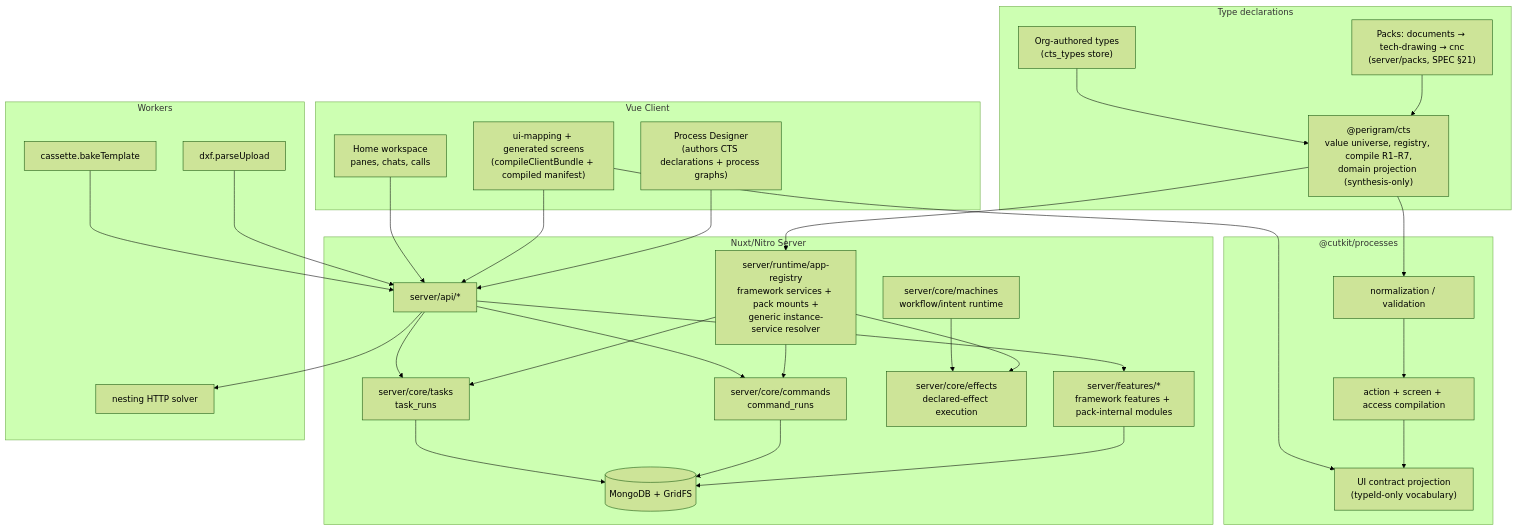
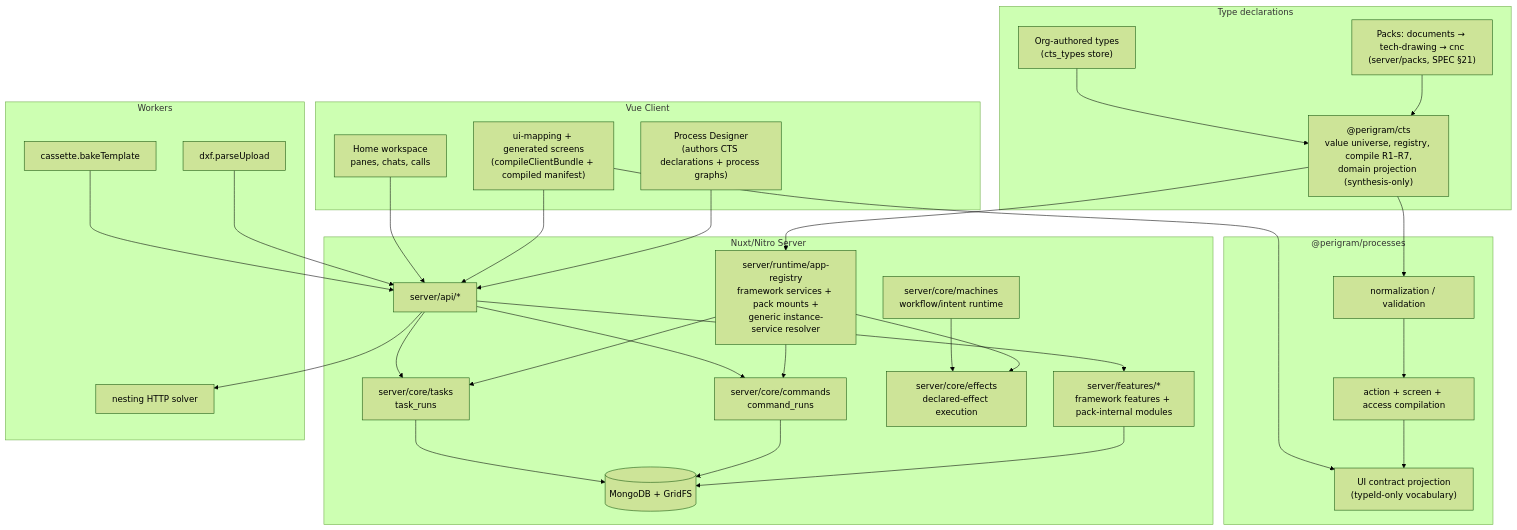
Before and after one commit to Perigram/perigram: the first of 2 diagrams in docs/SYSTEM_ARCHITECTURE.md, drawn with Mermaid (forest theme). The commit also changed other lines of this file and 64 other files, not shown here.

````diff
--- a/docs/SYSTEM_ARCHITECTURE.md
+++ b/docs/SYSTEM_ARCHITECTURE.md
@@ -9,60 +9,60 @@
 ```mermaid
 flowchart TB
   subgraph Declarations["Type declarations"]
     Cts["@perigram/cts<br/>value universe, registry, compile R1–R7,<br/>domain projection (synthesis-only)"]
     Packs["Packs: documents → tech-drawing → cnc<br/>(server/packs, SPEC §21)"]
     OrgTypes["Org-authored types<br/>(cts_types store)"]
   end
 
-  subgraph Compiler["@cutkit/processes"]
+  subgraph Compiler["@perigram/processes"]
     Normalize["normalization / validation"]
     Actions["action + screen + access compilation"]
     UiContract["UI contract projection<br/>(typeId-only vocabulary)"]
   end
 
   subgraph Server["Nuxt/Nitro Server"]
     AppRegistry["server/runtime/app-registry<br/>framework services + pack mounts +<br/>generic instance-service resolver"]
     Commands["server/core/commands<br/>command_runs"]
     Tasks["server/core/tasks<br/>task_runs"]
     Effects["server/core/effects<br/>declared-effect execution"]
     Machines["server/core/machines<br/>workflow/intent runtime"]
     Features["server/features/*<br/>framework features + pack-internal modules"]
     Api["server/api/*"]
     Mongo[(MongoDB + GridFS)]
   end
 
   subgraph Frontend["Vue Client"]
     Designer["Process Designer<br/>(authors CTS declarations + process graphs)"]
     Generator["ui-mapping + generated screens<br/>(compileClientBundle + compiled manifest)"]
     Home["Home workspace<br/>panes, chats, calls"]
   end
 
   subgraph Workers["Workers"]
     FileWorker["dxf.parseUpload"]
     CassetteWorker["cassette.bakeTemplate"]
     NestingWorker["nesting HTTP solver"]
   end
 
   Packs --> Cts
   OrgTypes --> Cts
   Cts --> AppRegistry
   Cts --> Normalize
   Normalize --> Actions --> UiContract
   AppRegistry --> Commands
   AppRegistry --> Tasks
   AppRegistry --> Effects
   Machines --> Effects
   Api --> Commands
   Api --> Tasks
   Api --> Features
   Features --> Mongo
   Commands --> Mongo
   Tasks --> Mongo
   Designer --> Api
   Generator --> UiContract
   Generator --> Api
   Home --> Api
   FileWorker --> Api
   CassetteWorker --> Api
   Api --> NestingWorker
 ```
````
